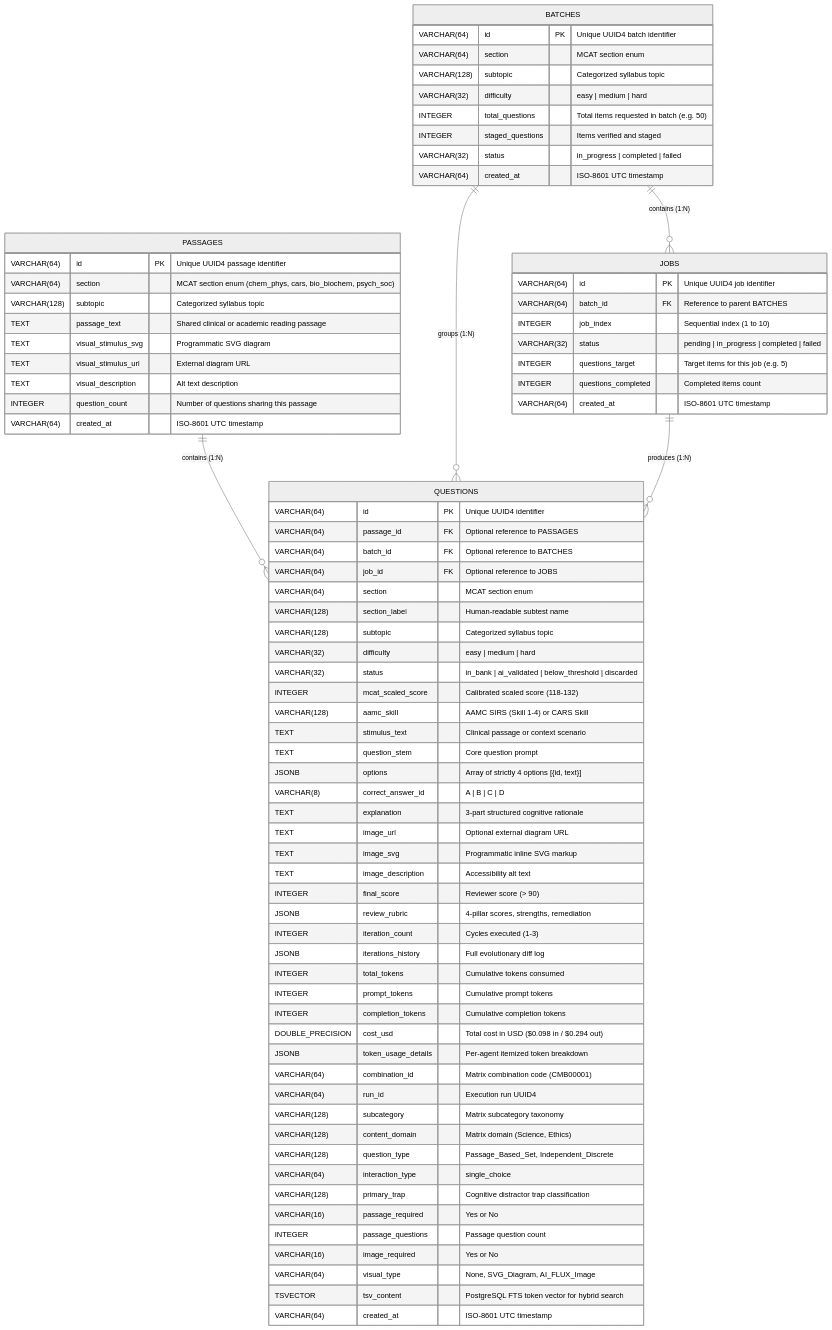
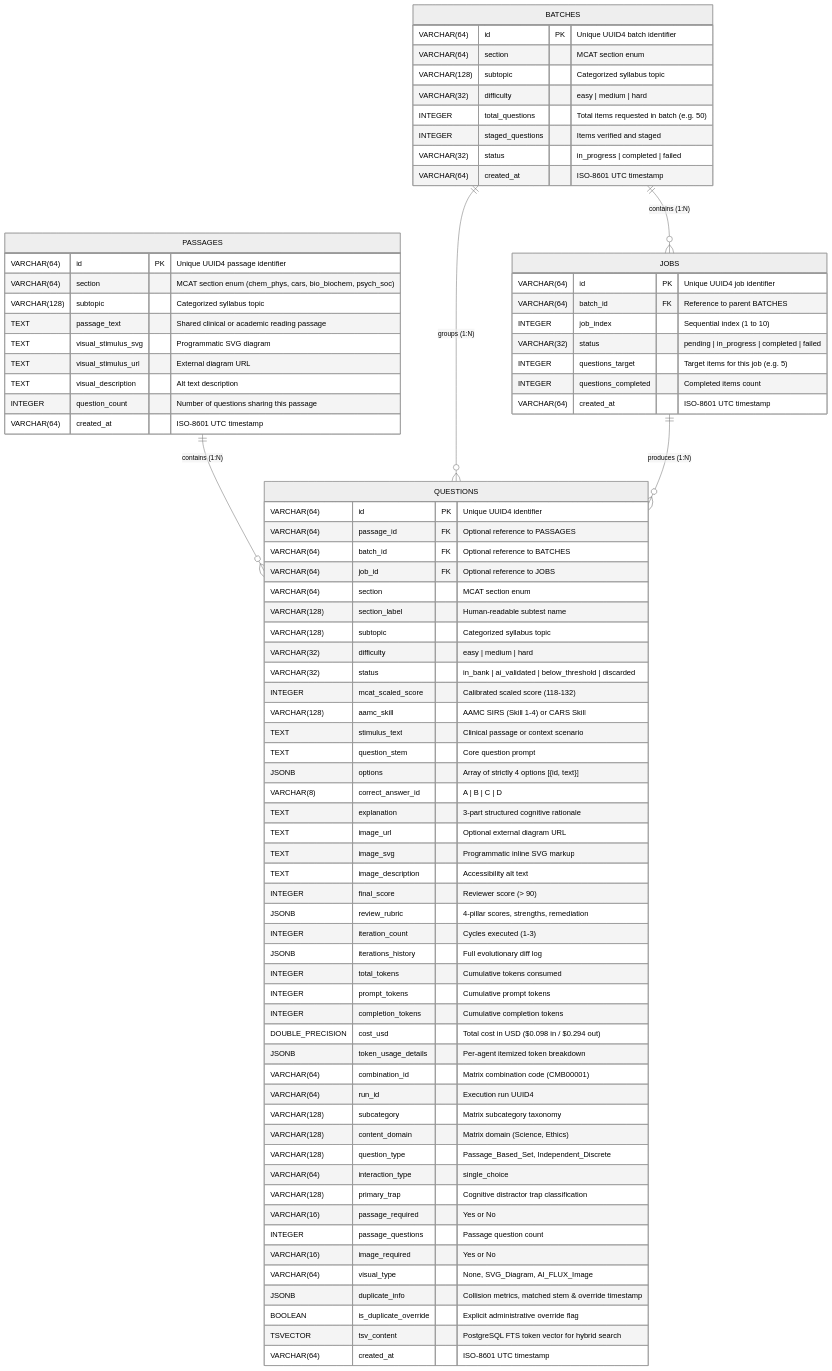
Before and after one commit to VishwamPatel-Infynno/MCAT-Question-Bank-Generator: the fifth of 6 diagrams in docs/ARCHITECTURE.md, drawn with Mermaid (neutral theme). The commit also changed other lines of this file and 34 other files, not shown here.

First line of the commit message:
feat: implement question deduplication with override flow, performance optimizations, and passage UI refinements

```diff
--- a/docs/ARCHITECTURE.md
+++ b/docs/ARCHITECTURE.md
@@ -428,6 +469,8 @@
         INTEGER passage_questions "Passage question count"
         VARCHAR(16) image_required "Yes or No"
         VARCHAR(64) visual_type "None, SVG_Diagram, AI_FLUX_Image"
+        JSONB duplicate_info "Collision metrics, matched stem & override timestamp"
+        BOOLEAN is_duplicate_override "Explicit administrative override flag"
         TSVECTOR tsv_content "PostgreSQL FTS token vector for hybrid search"
         VARCHAR(64) created_at "ISO-8601 UTC timestamp"
     }
```
